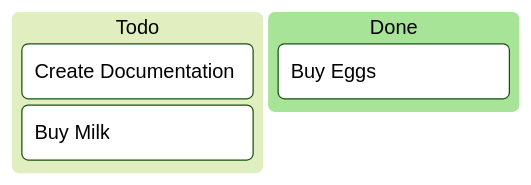
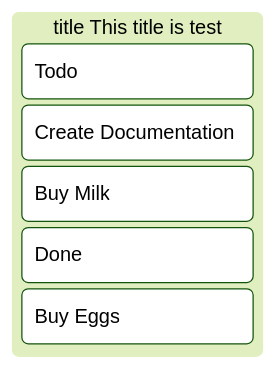
Diagram 18 of 30 in e2e/fixtures/all-diagrams.md (Abdulla-Aldosari/Markdown-Preview-GH), drawn with Mermaid (forest theme) before and after one commit. The commit also changed other lines of this file and 2 other files, not shown here.

First line of the commit message:
test(e2e): cover diagram themes, stability, and zenuml rendering

````diff
--- a/e2e/fixtures/all-diagrams.md
+++ b/e2e/fixtures/all-diagrams.md
@@ -199,8 +201,9 @@
 ```mermaid
 kanban
+title This title is test
   Todo
     [Create Documentation]
     [Buy Milk]
   Done
     [Buy Eggs]
 ```
````
